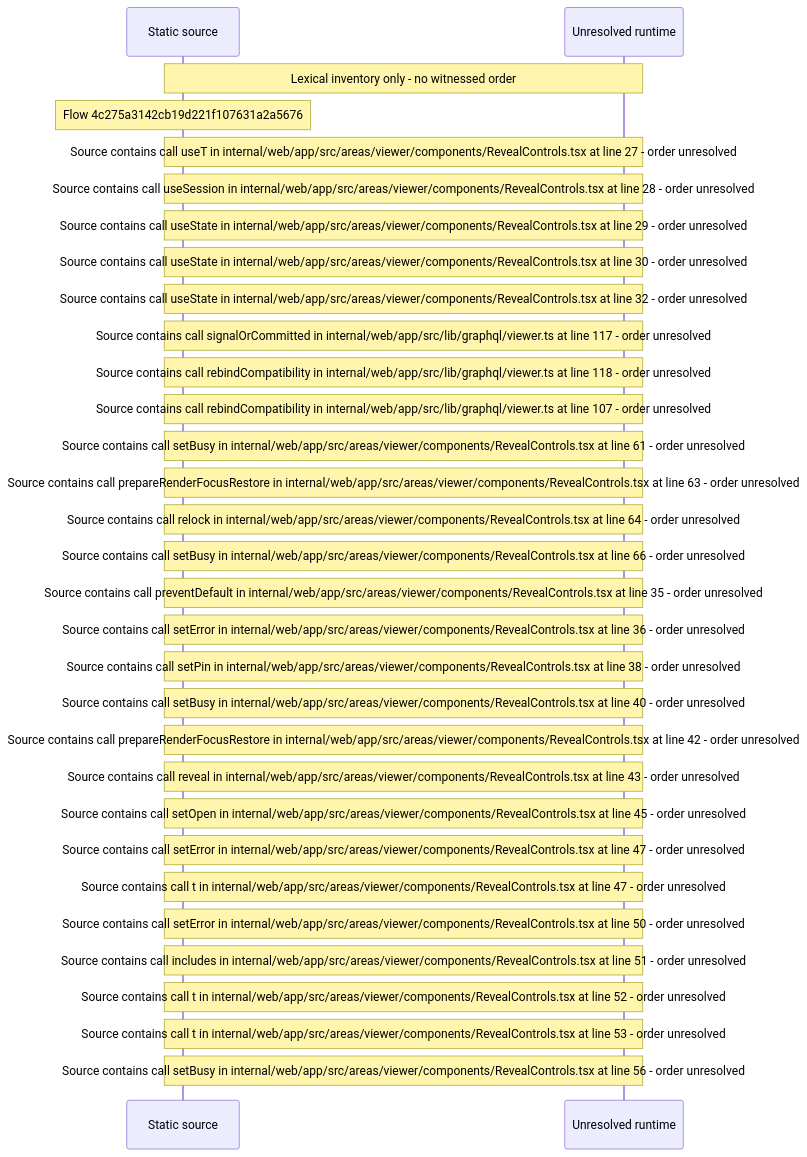
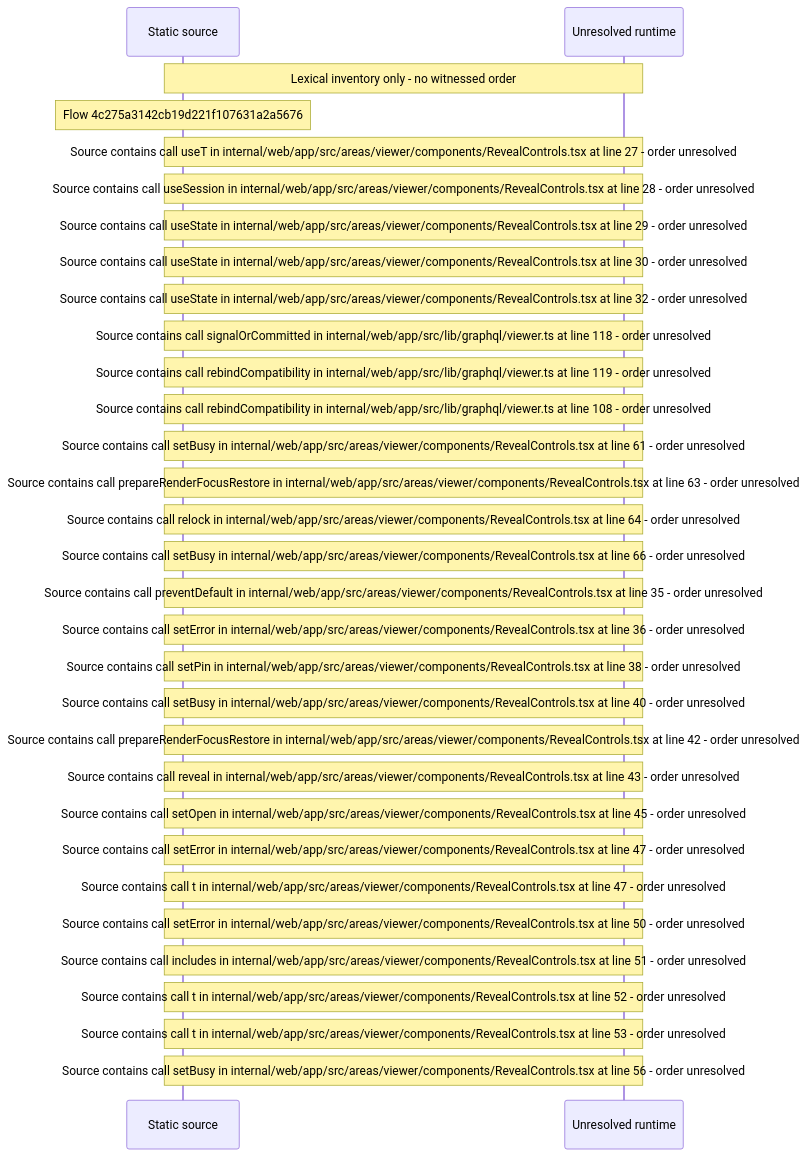
The diagram in docs/web/flows/generated/4c275a3142cb19d221f107631a2a5676/flow-diagram.md (beamfall/core), drawn with Mermaid before and after one commit. The commit also changed other lines of this file and 715 other files, not shown here.

First line of the commit message:
Regenerate the web flow record on main after CORE-1117

````diff
--- a/docs/web/flows/generated/4c275a3142cb19d221f107631a2a5676/flow-diagram.md
+++ b/docs/web/flows/generated/4c275a3142cb19d221f107631a2a5676/flow-diagram.md
@@ -10,33 +10,33 @@
 ```mermaid
 sequenceDiagram
     participant S as Static source
     participant U as Unresolved runtime
     Note over S,U: Lexical inventory only - no witnessed order
     Note over S: Flow 4c275a3142cb19d221f107631a2a5676
     Note over S,U: Source contains call useT in internal/web/app/src/areas/viewer/components/RevealControls.tsx at line 27 - order unresolved
     Note over S,U: Source contains call useSession in internal/web/app/src/areas/viewer/components/RevealControls.tsx at line 28 - order unresolved
     Note over S,U: Source contains call useState in internal/web/app/src/areas/viewer/components/RevealControls.tsx at line 29 - order unresolved
     Note over S,U: Source contains call useState in internal/web/app/src/areas/viewer/components/RevealControls.tsx at line 30 - order unresolved
     Note over S,U: Source contains call useState in internal/web/app/src/areas/viewer/components/RevealControls.tsx at line 32 - order unresolved
-    Note over S,U: Source contains call signalOrCommitted in internal/web/app/src/lib/graphql/viewer.ts at line 117 - order unresolved
-    Note over S,U: Source contains call rebindCompatibility in internal/web/app/src/lib/graphql/viewer.ts at line 118 - order unresolved
-    Note over S,U: Source contains call rebindCompatibility in internal/web/app/src/lib/graphql/viewer.ts at line 107 - order unresolved
+    Note over S,U: Source contains call signalOrCommitted in internal/web/app/src/lib/graphql/viewer.ts at line 118 - order unresolved
+    Note over S,U: Source contains call rebindCompatibility in internal/web/app/src/lib/graphql/viewer.ts at line 119 - order unresolved
+    Note over S,U: Source contains call rebindCompatibility in internal/web/app/src/lib/graphql/viewer.ts at line 108 - order unresolved
     Note over S,U: Source contains call setBusy in internal/web/app/src/areas/viewer/components/RevealControls.tsx at line 61 - order unresolved
     Note over S,U: Source contains call prepareRenderFocusRestore in internal/web/app/src/areas/viewer/components/RevealControls.tsx at line 63 - order unresolved
     Note over S,U: Source contains call relock in internal/web/app/src/areas/viewer/components/RevealControls.tsx at line 64 - order unresolved
     Note over S,U: Source contains call setBusy in internal/web/app/src/areas/viewer/components/RevealControls.tsx at line 66 - order unresolved
     Note over S,U: Source contains call preventDefault in internal/web/app/src/areas/viewer/components/RevealControls.tsx at line 35 - order unresolved
     Note over S,U: Source contains call setError in internal/web/app/src/areas/viewer/components/RevealControls.tsx at line 36 - order unresolved
     Note over S,U: Source contains call setPin in internal/web/app/src/areas/viewer/components/RevealControls.tsx at line 38 - order unresolved
     Note over S,U: Source contains call setBusy in internal/web/app/src/areas/viewer/components/RevealControls.tsx at line 40 - order unresolved
     Note over S,U: Source contains call prepareRenderFocusRestore in internal/web/app/src/areas/viewer/components/RevealControls.tsx at line 42 - order unresolved
     Note over S,U: Source contains call reveal in internal/web/app/src/areas/viewer/components/RevealControls.tsx at line 43 - order unresolved
     Note over S,U: Source contains call setOpen in internal/web/app/src/areas/viewer/components/RevealControls.tsx at line 45 - order unresolved
     Note over S,U: Source contains call setError in internal/web/app/src/areas/viewer/components/RevealControls.tsx at line 47 - order unresolved
     Note over S,U: Source contains call t in internal/web/app/src/areas/viewer/components/RevealControls.tsx at line 47 - order unresolved
     Note over S,U: Source contains call setError in internal/web/app/src/areas/viewer/components/RevealControls.tsx at line 50 - order unresolved
     Note over S,U: Source contains call includes in internal/web/app/src/areas/viewer/components/RevealControls.tsx at line 51 - order unresolved
     Note over S,U: Source contains call t in internal/web/app/src/areas/viewer/components/RevealControls.tsx at line 52 - order unresolved
     Note over S,U: Source contains call t in internal/web/app/src/areas/viewer/components/RevealControls.tsx at line 53 - order unresolved
     Note over S,U: Source contains call setBusy in internal/web/app/src/areas/viewer/components/RevealControls.tsx at line 56 - order unresolved
 ```
````
